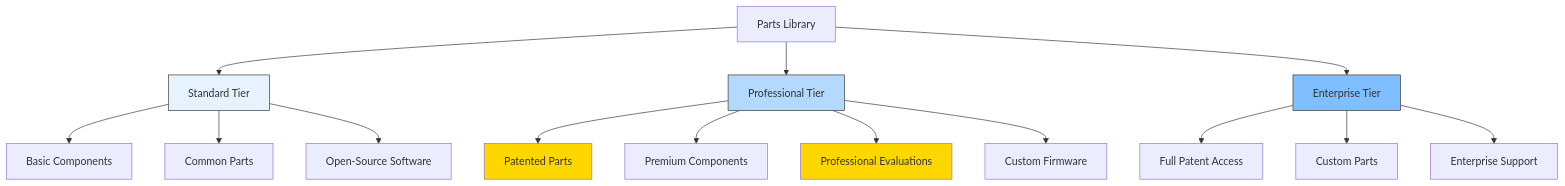
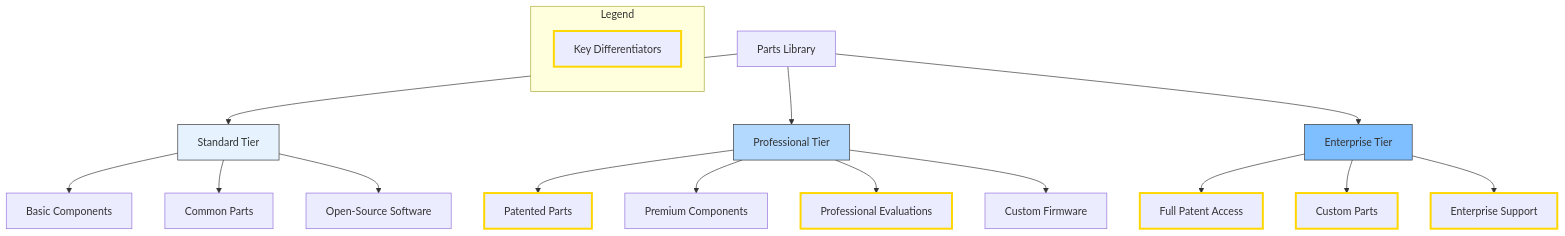
One commit to CatsMeow492/Sepulki changed the third of 6 diagrams in Pitch/presentation.md. Above: the diagram before and after it, drawn with Mermaid.

````diff
--- a/Pitch/presentation.md
+++ b/Pitch/presentation.md
@@ -120,21 +120,33 @@
 ```mermaid
 graph TB
     A[Parts Library] --> B[Standard Tier]
     A --> C[Professional Tier]
     A --> D[Enterprise Tier]
     B --> E[Basic Components]
     B --> F[Common Parts]
     B --> G[Open-Source Software]
     C --> H[Patented Parts]
     C --> I[Premium Components]
     C --> J[Professional Evaluations]
     C --> K[Custom Firmware]
     D --> L[Full Patent Access]
     D --> M[Custom Parts]
     D --> N[Enterprise Support]
+    
     style B fill:#e6f3ff,stroke:#333
     style C fill:#b3d9ff,stroke:#333
     style D fill:#80bfff,stroke:#333
-    style H fill:#ffd700
-    style J fill:#ffd700
+    style H stroke:#ffd700,stroke-width:3px
+    style J stroke:#ffd700,stroke-width:3px
+    style L stroke:#ffd700,stroke-width:3px
+    style M stroke:#ffd700,stroke-width:3px
+    style N stroke:#ffd700,stroke-width:3px
+    
+    classDef goldBorder stroke:#ffd700,stroke-width:3px;
+    class H,J,L,M,N goldBorder;
+    
+    subgraph Legend
+        direction TB
+        leg1[Key Differentiators]:::goldBorder
+    end
 ```
````
